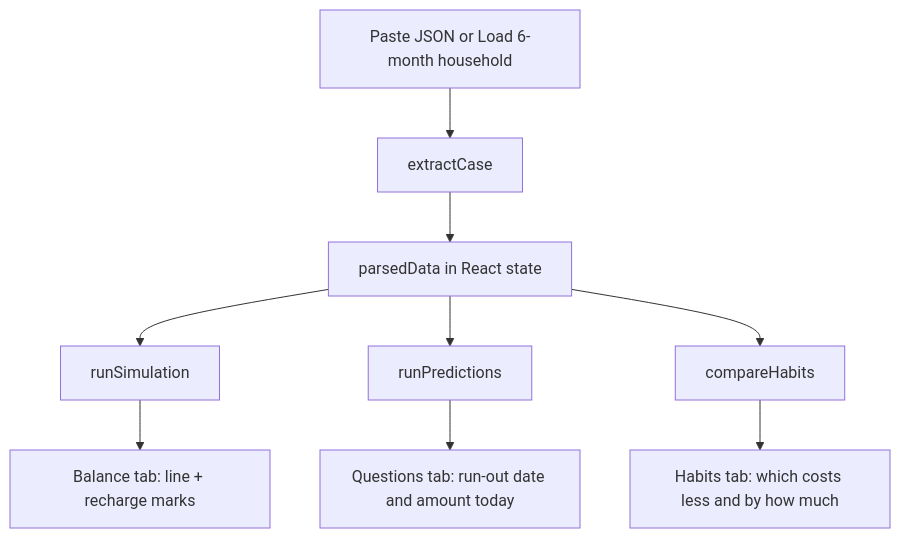
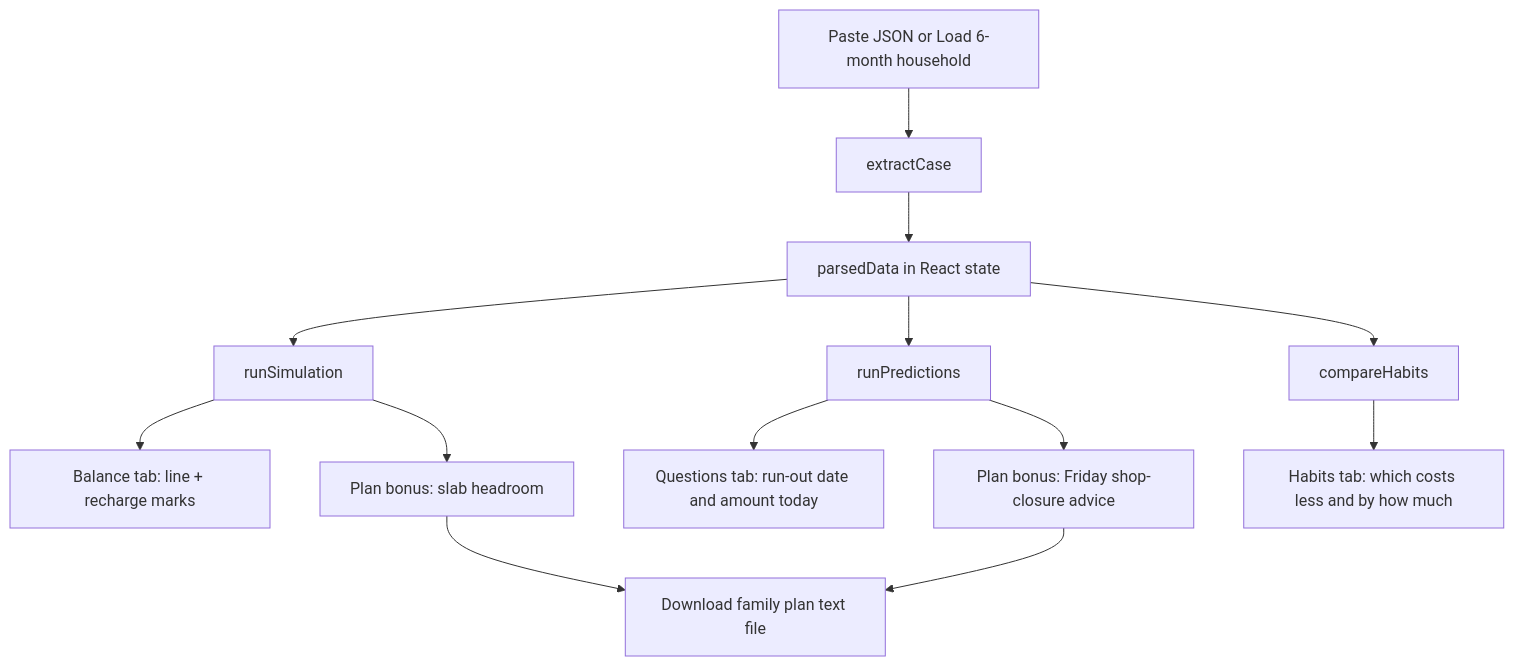
Before and after one commit to mdkamrulislamdev/lsh26-t044-p10: the first of 4 diagrams in architecture.md, drawn with Mermaid. The commit also changed other lines of this file and 10 other files, not shown here.

````diff
--- a/architecture.md
+++ b/architecture.md
@@ -15,11 +15,15 @@
 ```mermaid
 flowchart TD
   A[Paste JSON or Load 6-month household] --> B[extractCase]
   B --> C[parsedData in React state]
   C --> D[runSimulation]
   C --> E[runPredictions]
   C --> F[compareHabits]
   D --> G[Balance tab: line + recharge marks]
   E --> H[Questions tab: run-out date and amount today]
   F --> I[Habits tab: which costs less and by how much]
+  D --> J[Plan bonus: slab headroom]
+  E --> K[Plan bonus: Friday shop-closure advice]
+  J --> L[Download family plan text file]
+  K --> L
 ```
````
